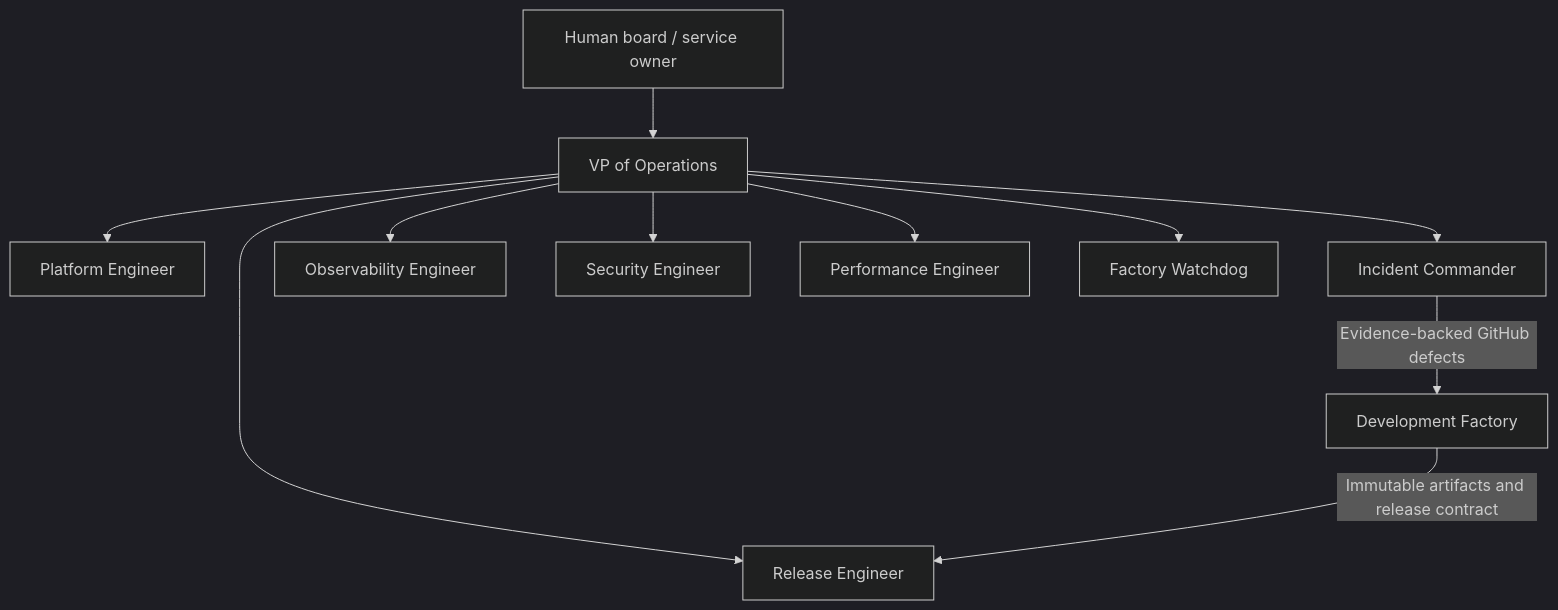
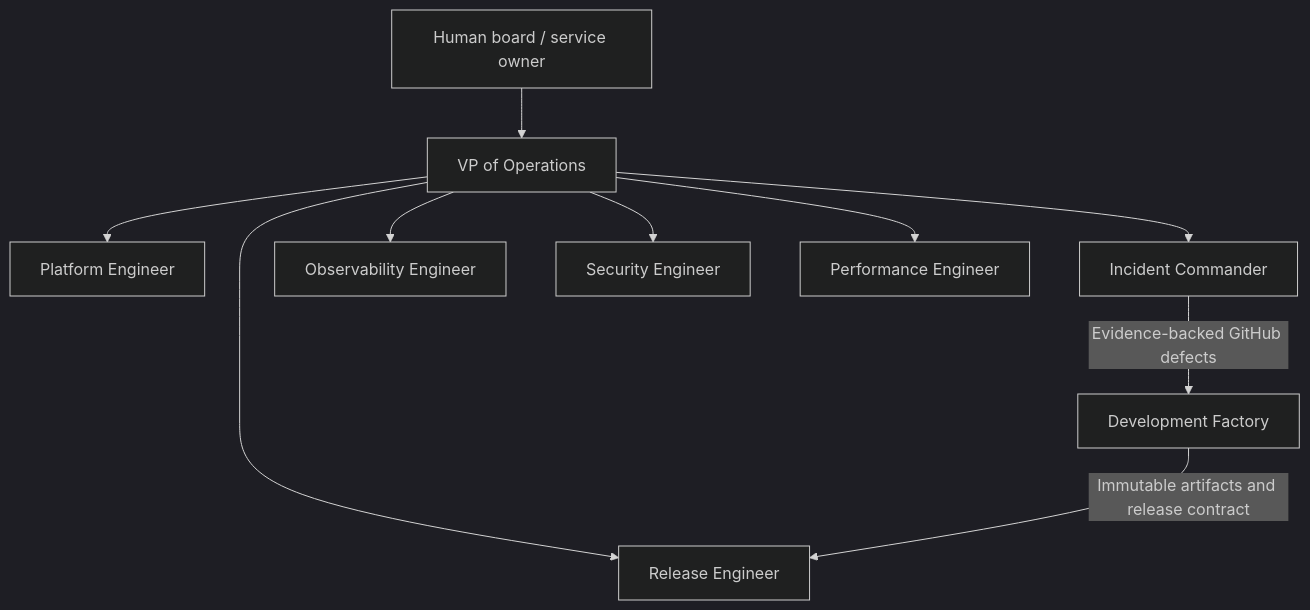
Before and after one commit to rolandtritsch/pcc-devops-demo: the diagram in docs/organization.md, drawn with Mermaid (dark theme). The commit also changed other lines of this file and 5 other files, not shown here.

````diff
--- a/docs/organization.md
+++ b/docs/organization.md
@@ -5,13 +5,12 @@
 ```mermaid
 flowchart TD
     Board[Human board / service owner] --> VP[VP of Operations]
     VP --> Release[Release Engineer]
     VP --> Platform[Platform Engineer]
     VP --> IC[Incident Commander]
     VP --> Observe[Observability Engineer]
     VP --> Security[Security Engineer]
     VP --> Performance[Performance Engineer]
-    VP --> Watchdog[Factory Watchdog]
     Development[Development Factory] -->|Immutable artifacts and release contract| Release
     IC -->|Evidence-backed GitHub defects| Development
 ```
````
